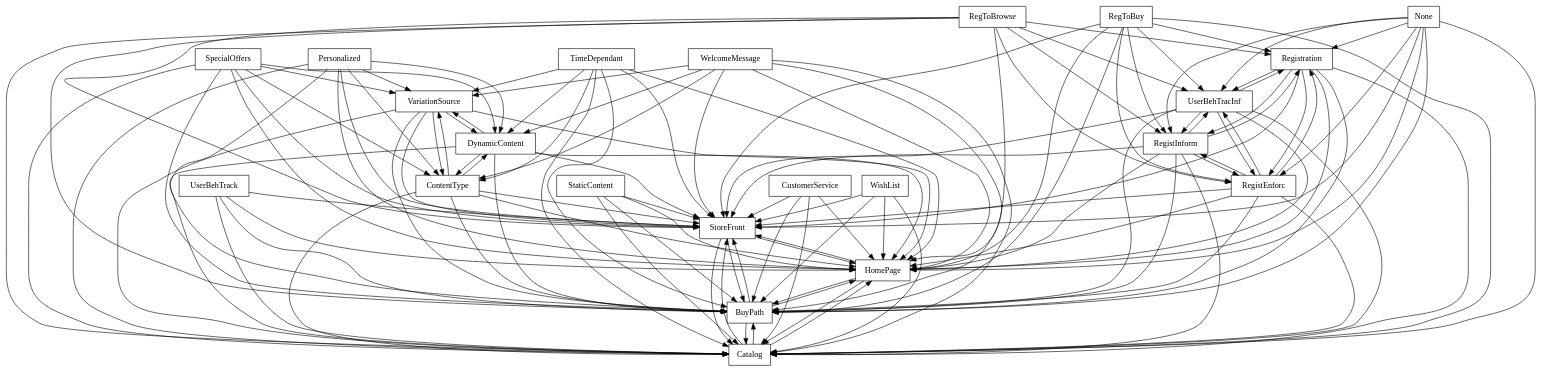
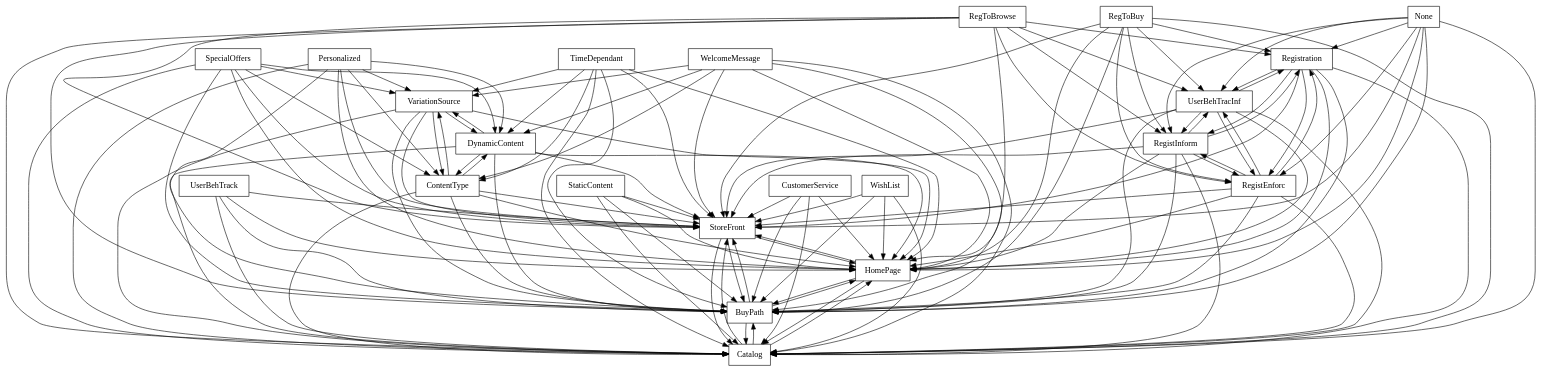
One commit to FAMILIAR-project/familiar-language changed the diagram in FAMILIAR/output/SPLOT-big/fm_42_model_20100824_837146809.xml.dot. Above: the diagram before and after it, drawn with Graphviz. The commit also changed 821 other files, not shown here.

```diff
--- a/FAMILIAR/output/SPLOT-big/fm_42_model_20100824_837146809.xml.dot
+++ b/FAMILIAR/output/SPLOT-big/fm_42_model_20100824_837146809.xml.dot
@@ -1,153 +1,153 @@
 digraph{
 graph [rankdir=TB];
 node [shape=box];
 edge [arrowhead=normal];
 0[label="Personalized",]
 1[label="Registration",]
 2[label="TimeDependant",]
 3[label="UserBehTrack",]
-4[label="StoreFront",]
-5[label="VariationSource",]
+4[label="VariationSource",]
+5[label="StoreFront",]
 6[label="WelcomeMessage",]
-7[label="UserBehTracInf",]
+7[label="RegToBrowse",]
 8[label="DynamicContent",]
 9[label="SpecialOffers",]
-10[label="RegToBrowse",]
+10[label="UserBehTracInf",]
 11[label="RegistEnforc",]
 12[label="StaticContent",]
-13[label="HomePage",]
-14[label="CustomerService",]
+13[label="CustomerService",]
+14[label="HomePage",]
 15[label="Catalog",]
 16[label="None",]
 17[label="BuyPath",]
 18[label="WishList",]
 19[label="RegToBuy",]
-20[label="RegistInform",]
-21[label="ContentType",]
+20[label="ContentType",]
+21[label="RegistInform",]
 0->4[label="",]
 0->5[label="",]
 0->8[label="",]
-0->13[label="",]
+0->14[label="",]
 0->15[label="",]
 0->17[label="",]
-0->21[label="",]
-1->4[label="",]
-1->7[label="",]
+0->20[label="",]
+1->5[label="",]
+1->10[label="",]
 1->11[label="",]
-1->13[label="",]
+1->14[label="",]
 1->15[label="",]
 1->17[label="",]
-1->20[label="",]
+1->21[label="",]
 2->4[label="",]
 2->5[label="",]
 2->8[label="",]
-2->13[label="",]
+2->14[label="",]
 2->15[label="",]
 2->17[label="",]
-2->21[label="",]
-3->4[label="",]
-3->13[label="",]
+2->20[label="",]
+3->5[label="",]
+3->14[label="",]
 3->15[label="",]
 3->17[label="",]
-4->13[label="",]
+4->5[label="",]
+4->8[label="",]
+4->14[label="",]
 4->15[label="",]
 4->17[label="",]
-5->4[label="",]
-5->8[label="",]
-5->13[label="",]
+4->20[label="",]
+5->14[label="",]
 5->15[label="",]
 5->17[label="",]
-5->21[label="",]
 6->4[label="",]
 6->5[label="",]
 6->8[label="",]
-6->13[label="",]
+6->14[label="",]
 6->15[label="",]
 6->17[label="",]
-6->21[label="",]
+6->20[label="",]
 7->1[label="",]
-7->4[label="",]
+7->5[label="",]
+7->10[label="",]
 7->11[label="",]
-7->13[label="",]
+7->14[label="",]
 7->15[label="",]
 7->17[label="",]
-7->20[label="",]
+7->21[label="",]
 8->4[label="",]
 8->5[label="",]
-8->13[label="",]
+8->14[label="",]
 8->15[label="",]
 8->17[label="",]
-8->21[label="",]
+8->20[label="",]
 9->4[label="",]
 9->5[label="",]
 9->8[label="",]
-9->13[label="",]
+9->14[label="",]
 9->15[label="",]
 9->17[label="",]
-9->21[label="",]
+9->20[label="",]
 10->1[label="",]
-10->4[label="",]
-10->7[label="",]
+10->5[label="",]
 10->11[label="",]
-10->13[label="",]
+10->14[label="",]
 10->15[label="",]
 10->17[label="",]
-10->20[label="",]
+10->21[label="",]
 11->1[label="",]
-11->4[label="",]
-11->7[label="",]
-11->13[label="",]
+11->5[label="",]
+11->10[label="",]
+11->14[label="",]
 11->15[label="",]
 11->17[label="",]
-11->20[label="",]
-12->4[label="",]
-12->13[label="",]
+11->21[label="",]
+12->5[label="",]
+12->14[label="",]
 12->15[label="",]
 12->17[label="",]
-13->4[label="",]
+13->5[label="",]
+13->14[label="",]
 13->15[label="",]
 13->17[label="",]
-14->4[label="",]
-14->13[label="",]
+14->5[label="",]
 14->15[label="",]
 14->17[label="",]
-15->4[label="",]
-15->13[label="",]
+15->5[label="",]
+15->14[label="",]
 15->17[label="",]
 16->1[label="",]
-16->4[label="",]
-16->7[label="",]
+16->5[label="",]
+16->10[label="",]
 16->11[label="",]
-16->13[label="",]
+16->14[label="",]
 16->15[label="",]
 16->17[label="",]
-16->20[label="",]
-17->4[label="",]
-17->13[label="",]
+16->21[label="",]
+17->5[label="",]
+17->14[label="",]
 17->15[label="",]
-18->4[label="",]
-18->13[label="",]
+18->5[label="",]
+18->14[label="",]
 18->15[label="",]
 18->17[label="",]
 19->1[label="",]
-19->4[label="",]
-19->7[label="",]
+19->5[label="",]
+19->10[label="",]
 19->11[label="",]
-19->13[label="",]
+19->14[label="",]
 19->15[label="",]
 19->17[label="",]
-19->20[label="",]
-20->1[label="",]
+19->21[label="",]
 20->4[label="",]
-20->7[label="",]
-20->11[label="",]
-20->13[label="",]
+20->5[label="",]
+20->8[label="",]
+20->14[label="",]
 20->15[label="",]
 20->17[label="",]
-21->4[label="",]
+21->1[label="",]
 21->5[label="",]
-21->8[label="",]
-21->13[label="",]
+21->10[label="",]
+21->11[label="",]
+21->14[label="",]
 21->15[label="",]
 21->17[label="",]
 }
```
